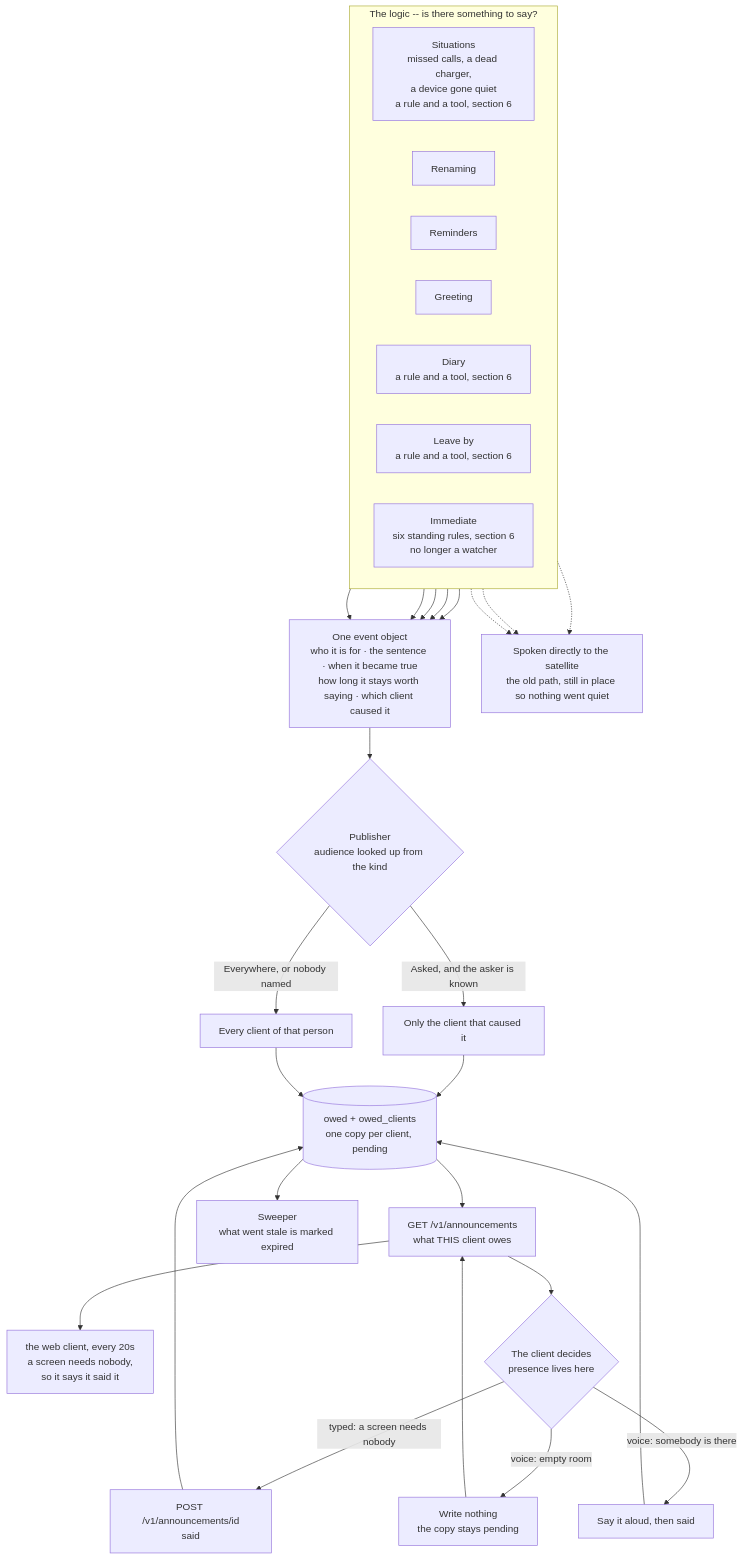
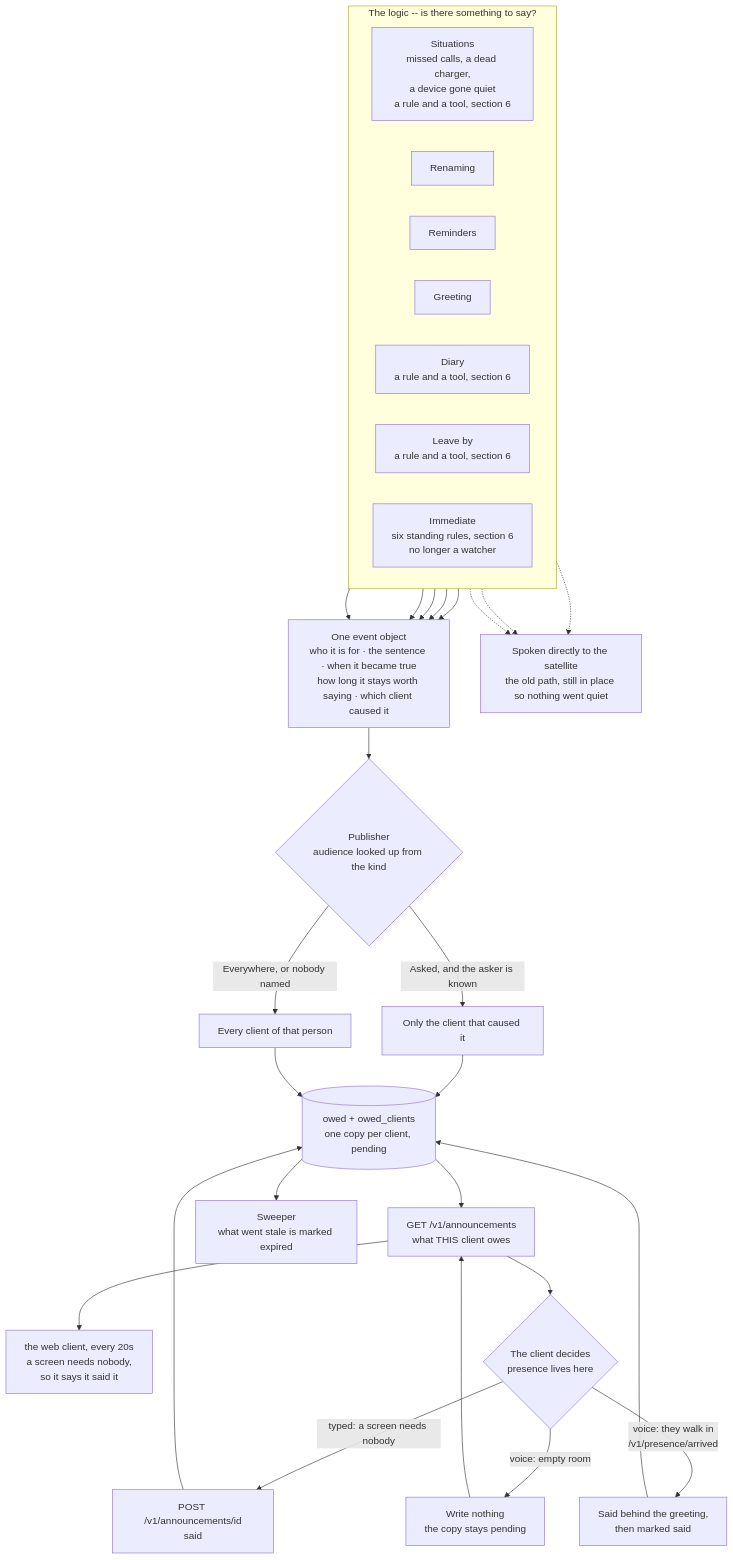
Before and after one commit to DhanushRamesh/personal-assistant: the third of 5 diagrams in FEATURES.md, drawn with Mermaid. The commit also changed other lines of this file and 5 other files, not shown here.

````diff
--- a/FEATURES.md
+++ b/FEATURES.md
@@ -95,47 +95,47 @@
 ```mermaid
 flowchart TB
     subgraph L["The logic -- is there something to say?"]
         direction LR
         SI["Situations<br/>missed calls, a dead charger,<br/>a device gone quiet<br/>a rule and a tool, section 6"]
         RN["Renaming"]
         RM["Reminders"]
         GR["Greeting"]
         CO["Diary<br/>a rule and a tool, section 6"]
         LV["Leave by<br/>a rule and a tool, section 6"]
         IM["Immediate<br/>six standing rules, section 6<br/>no longer a watcher"]
     end
 
     SI --> EV
     RN --> EV
     RM -.-> OLD
     GR -.-> OLD
     CO --> EV
     LV --> EV
     IM --> EV
     RN -.-> OLD
 
     EV["One event object<br/>who it is for · the sentence · when it became true<br/>how long it stays worth saying · which client caused it"]
     EV --> PUB{"Publisher<br/>audience looked up from the kind"}
 
     PUB -- "Asked, and the asker is known" --> ONE["Only the client that caused it"]
     PUB -- "Everywhere, or nobody named" --> ALL["Every client of that person"]
 
     ONE --> DB
     ALL --> DB
     DB[("owed + owed_clients<br/>one copy per client, pending")]
 
     DB --> GET["GET /v1/announcements<br/>what THIS client owes"]
     GET --> WEBCLIENT["the web client, every 20s<br/>a screen needs nobody,<br/>so it says it said it"]
     GET --> CL{"The client decides<br/>presence lives here"}
 
     CL -- "typed: a screen needs nobody" --> MARK["POST /v1/announcements/id<br/>said"]
-    CL -- "voice: somebody is there" --> SAY["Say it aloud, then said"]
+    CL -- "voice: they walk in<br/>/v1/presence/arrived" --> SAY["Said behind the greeting,<br/>then marked said"]
     CL -- "voice: empty room" --> KEEP["Write nothing<br/>the copy stays pending"]
     KEEP --> GET
 
     MARK --> DB
     SAY --> DB
     DB --> SW["Sweeper<br/>what went stale is marked expired"]
 
     OLD["Spoken directly to the satellite<br/>the old path, still in place so nothing went quiet"]
 ```
````
